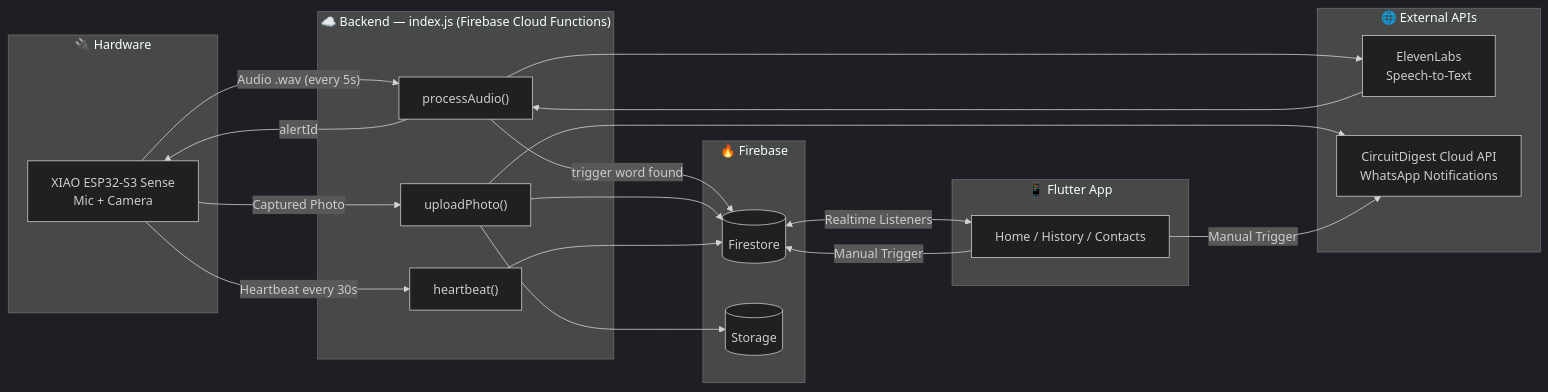
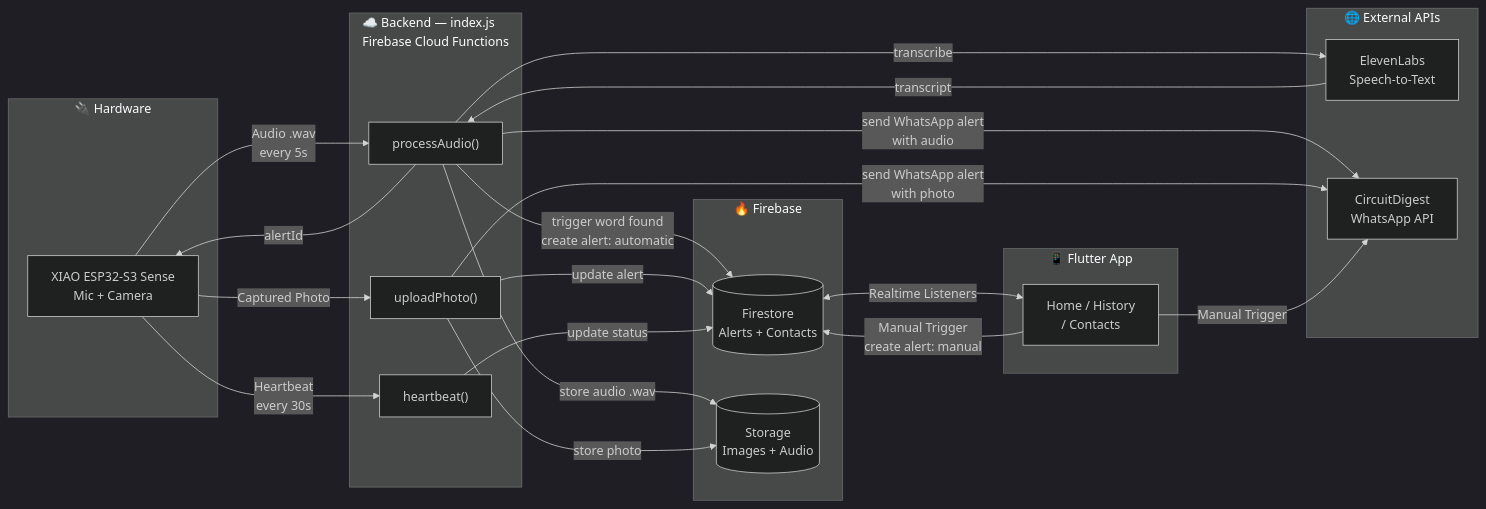
The first of 2 diagrams in README.md (SubashreeT24/SheAlert), drawn with Mermaid (dark theme) before and after one commit. The commit also changed other lines of this file, not shown here.

````diff
--- a/README.md
+++ b/README.md
@@ -65,41 +65,43 @@
 ```mermaid
 graph LR
     subgraph Hardware["🔌 Hardware"]
         ESP["XIAO ESP32-S3 Sense<br/>Mic + Camera"]
     end
 
-    subgraph Backend["☁️ Backend — index.js (Firebase Cloud Functions)"]
+    subgraph Backend["☁️ Backend — index.js<br/>Firebase Cloud Functions"]
         PA["processAudio()"]
         UP["uploadPhoto()"]
         HB["heartbeat()"]
     end
 
     subgraph FB["🔥 Firebase"]
-        FS[("Firestore")]
-        ST[("Storage")]
+        FS[("Firestore<br/>Alerts + Contacts")]
+        ST[("Storage<br/>Images + Audio")]
     end
 
     subgraph External["🌐 External APIs"]
         EL["ElevenLabs<br/>Speech-to-Text"]
-        CD["CircuitDigest Cloud API<br/>WhatsApp Notifications"]
+        CD["CircuitDigest<br/>WhatsApp API"]
     end
 
     subgraph Mobile["📱 Flutter App"]
-        FL["Home / History / Contacts"]
+        FL["Home / History<br/>/ Contacts"]
     end
 
-    ESP -->|"Audio .wav (every 5s)"| PA
-    PA --> EL
-    EL --> PA
-    PA -->|"trigger word found"| FS
+    ESP -->|"Audio .wav<br/>every 5s"| PA
+    PA -->|"transcribe"| EL
+    EL -->|"transcript"| PA
+    PA -->|"trigger word found<br/>create alert: automatic"| FS
+    PA -->|"store audio .wav"| ST
+    PA -->|"send WhatsApp alert<br/>with audio"| CD
     PA -->|"alertId"| ESP
     ESP -->|"Captured Photo"| UP
-    UP --> ST
-    UP --> FS
-    UP --> CD
-    ESP -->|"Heartbeat every 30s"| HB
-    HB --> FS
-    FL -->|"Manual Trigger"| FS
+    UP -->|"store photo"| ST
+    UP -->|"update alert"| FS
+    UP -->|"send WhatsApp alert<br/>with photo"| CD
+    ESP -->|"Heartbeat<br/>every 30s"| HB
+    HB -->|"update status"| FS
+    FL -->|"Manual Trigger<br/>create alert: manual"| FS
     FL -->|"Manual Trigger"| CD
     FS <-->|"Realtime Listeners"| FL
 ```
````
